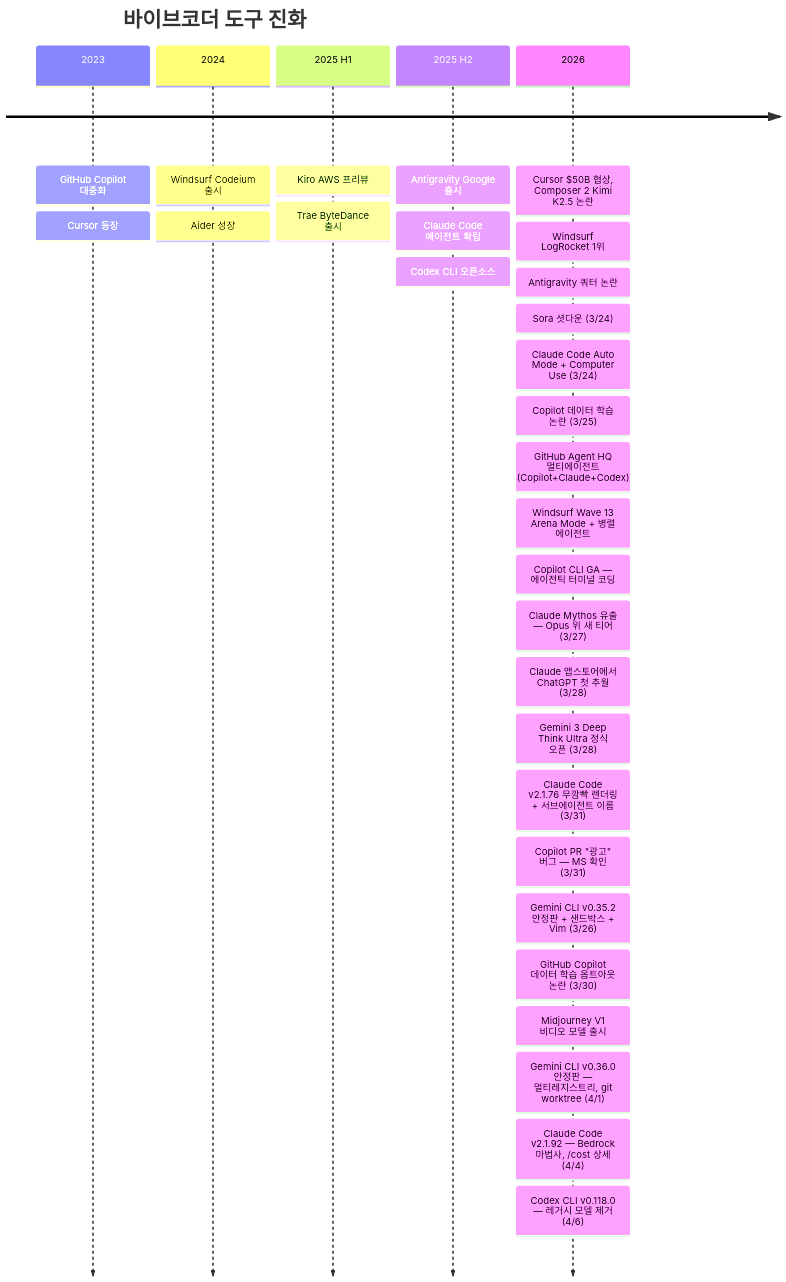
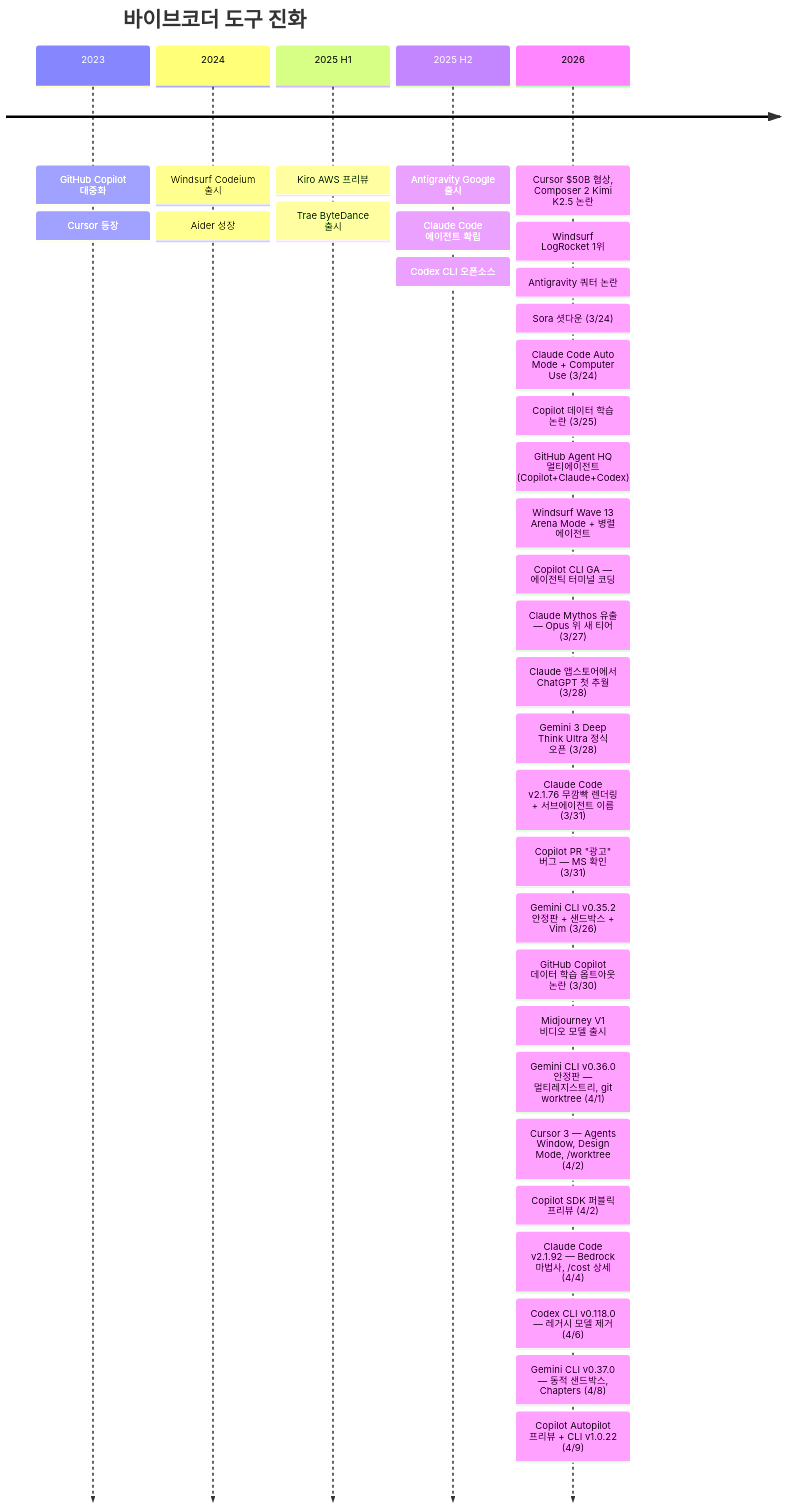
One commit to Lazere4385/ai-whatchelin changed the first of 11 diagrams in README_ko.md. Above: the diagram before and after it, drawn with Mermaid. The commit also changed other lines of this file and 2 other files, not shown here.

````diff
--- a/README_ko.md
+++ b/README_ko.md
@@ -116,33 +116,37 @@
 ```mermaid
 timeline
     title 바이브코더 도구 진화
     2023 : GitHub Copilot 대중화
          : Cursor 등장
     2024 : Windsurf Codeium 출시
          : Aider 성장
     2025 H1 : Kiro AWS 프리뷰
             : Trae ByteDance 출시
     2025 H2 : Antigravity Google 출시
             : Claude Code 에이전트 확립
             : Codex CLI 오픈소스
     2026 : Cursor $50B 협상, Composer 2 Kimi K2.5 논란
          : Windsurf LogRocket 1위
          : Antigravity 쿼터 논란
          : Sora 셧다운 (3/24)
          : Claude Code Auto Mode + Computer Use (3/24)
          : Copilot 데이터 학습 논란 (3/25)
          : GitHub Agent HQ 멀티에이전트 (Copilot+Claude+Codex)
          : Windsurf Wave 13 Arena Mode + 병렬 에이전트
          : Copilot CLI GA — 에이전틱 터미널 코딩
          : Claude Mythos 유출 — Opus 위 새 티어 (3/27)
          : Claude 앱스토어에서 ChatGPT 첫 추월 (3/28)
          : Gemini 3 Deep Think Ultra 정식 오픈 (3/28)
          : Claude Code v2.1.76 무깜빡 렌더링 + 서브에이전트 이름 (3/31)
          : Copilot PR "광고" 버그 — MS 확인 (3/31)
          : Gemini CLI v0.35.2 안정판 + 샌드박스 + Vim (3/26)
          : GitHub Copilot 데이터 학습 옵트아웃 논란 (3/30)
          : Midjourney V1 비디오 모델 출시
          : Gemini CLI v0.36.0 안정판 — 멀티레지스트리, git worktree (4/1)
+         : Cursor 3 — Agents Window, Design Mode, /worktree (4/2)
+         : Copilot SDK 퍼블릭 프리뷰 (4/2)
          : Claude Code v2.1.92 — Bedrock 마법사, /cost 상세 (4/4)
          : Codex CLI v0.118.0 — 레거시 모델 제거 (4/6)
+         : Gemini CLI v0.37.0 — 동적 샌드박스, Chapters (4/8)
+         : Copilot Autopilot 프리뷰 + CLI v1.0.22 (4/9)
 ```
````
